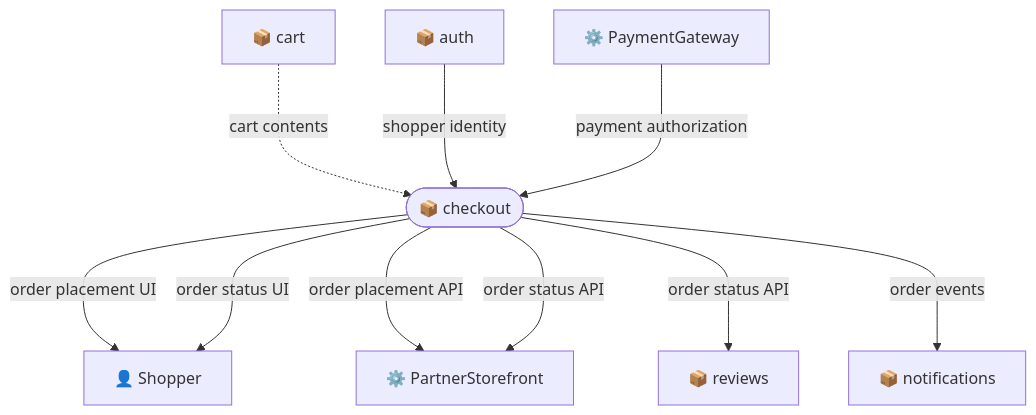
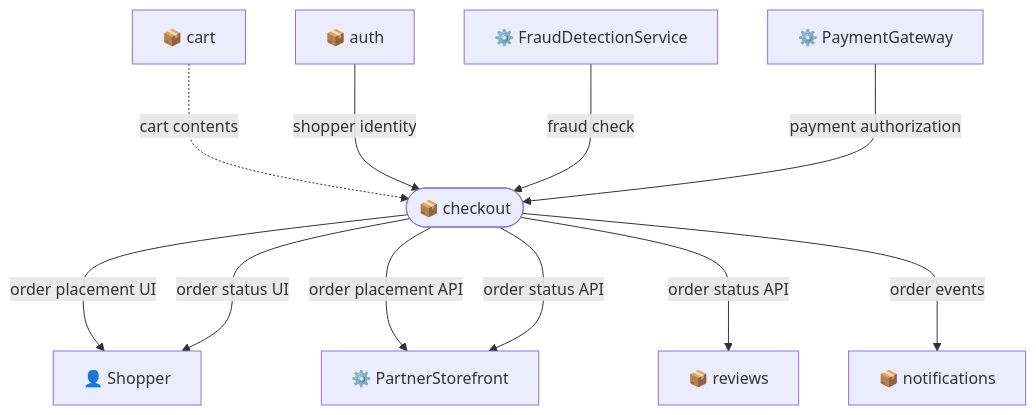
The first of 4 diagrams in .claude/skills/uspecs-domains/example-context.md (untillpro/uspecs), drawn with Mermaid before and after one commit. The commit also changed other lines of this file and 3 other files, not shown here.

````diff
--- a/.claude/skills/uspecs-domains/example-context.md
+++ b/.claude/skills/uspecs-domains/example-context.md
@@ -31,20 +36,22 @@
 ```mermaid
 graph TD
   checkout(["📦 checkout"])
   cart["📦 cart"]
   auth["📦 auth"]
   notifications["📦 notifications"]
   reviews["📦 reviews"]
   Shopper["👤 Shopper"]
   PartnerStorefront["⚙️ PartnerStorefront"]
   PaymentGateway["⚙️ PaymentGateway"]
+  FraudDetectionService["⚙️ FraudDetectionService"]
   cart -..->|"cart contents"| checkout
   auth --->|"shopper identity"| checkout
+  FraudDetectionService --->|"fraud check"| checkout
   PaymentGateway --->|"payment authorization"| checkout
   checkout --->|"order placement UI"| Shopper
   checkout --->|"order placement API"| PartnerStorefront
   checkout --->|"order status UI"| Shopper
   checkout --->|"order status API"| PartnerStorefront
   checkout --->|"order status API"| reviews
   checkout --->|"order events"| notifications
 ```
````
